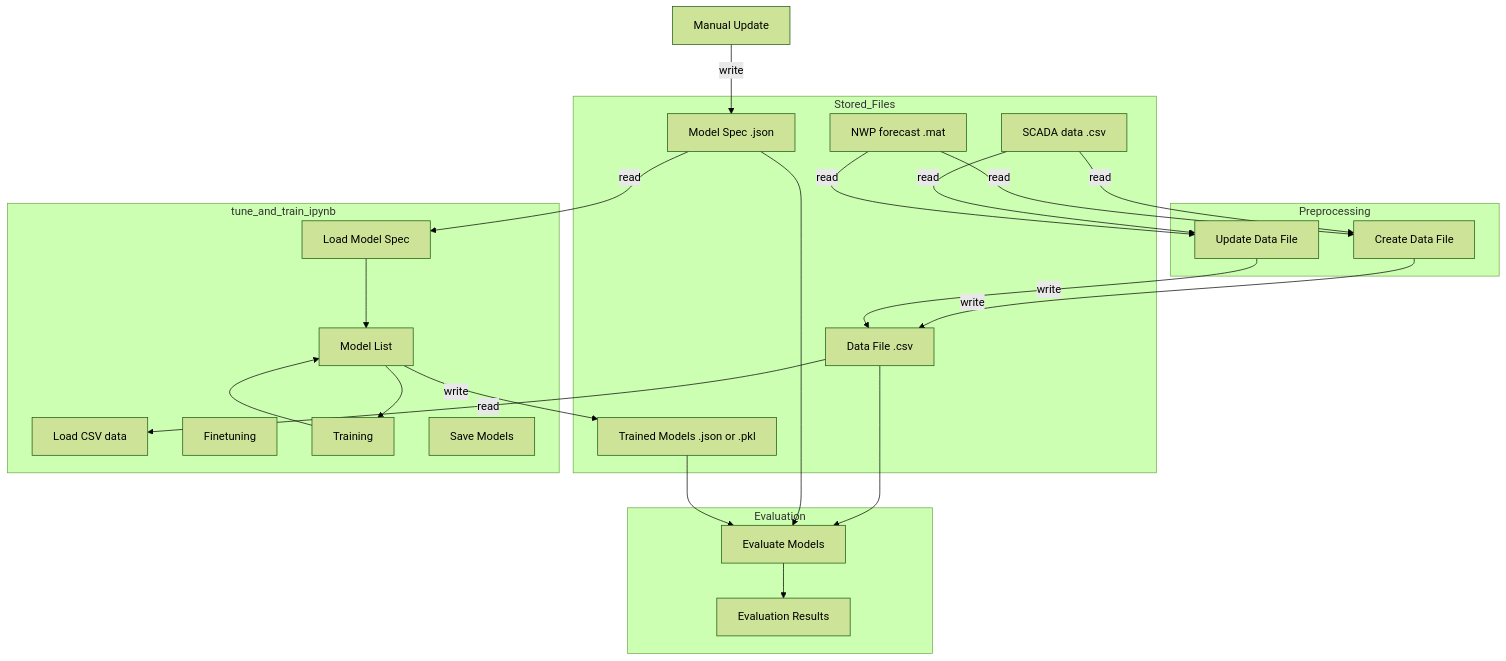
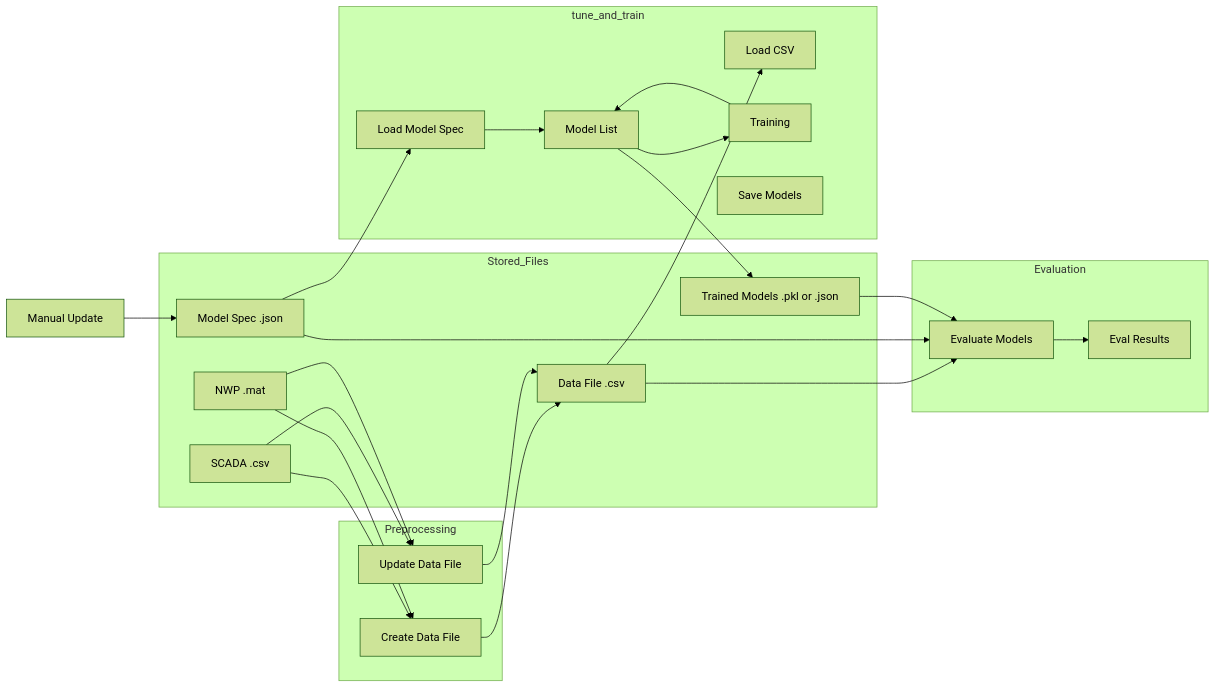
One commit to markusrupp/icing_flowshart changed the diagram in code_flow2.md. Above: the diagram before and after it, drawn with Mermaid (forest theme).

````diff
--- a/code_flow2.md
+++ b/code_flow2.md
@@ -1,55 +1,57 @@
 ```mermaid
-flowchart TB
+flowchart LR
     %% Stored Files
     subgraph Stored_Files
+        SCADA[SCADA .csv]
+        NWP[NWP .mat]
         CSV[Data File .csv]
         MS[Model Spec .json]
-        MF[Trained Models .json or .pkl]
-        SCADA[SCADA data .csv]
-        NWP[NWP forecast .mat]
+        MF[Trained Models .pkl or .json]
     end
 
     %% Preprocessing
     subgraph Preprocessing
         CCSV[Create Data File]
         UCSV[Update Data File]
     end
 
     %% Notebook
-    subgraph tune_and_train_ipynb
-        LCSV[Load CSV data]
+    subgraph tune_and_train
+        LCSV[Load CSV]
         LMF[Load Model Spec]
         LFR[Model List]
-        FT[Finetuning]
         TR[Training]
         STR[Save Models]
     end
 
     %% Evaluation
     subgraph Evaluation
         EV[Evaluate Models]
-        EVR[Evaluation Results]
+        EVR[Eval Results]
     end
 
-    %% Manual update
+    %% Manual
     UMS[Manual Update]
 
-    %% Data Flow
-    SCADA -->|read| CCSV
-    SCADA -->|read| UCSV
-    NWP -->|read| CCSV
-    NWP -->|read| UCSV
-    CCSV -->|write| CSV
-    UCSV -->|write| CSV
-    CSV -->|read| LCSV
-    MS -->|read| LMF
-    UMS -->|write| MS
+    %% Connections
+    SCADA --> CCSV
+    SCADA --> UCSV
+    NWP --> CCSV
+    NWP --> UCSV
+    CCSV --> CSV
+    UCSV --> CSV
+
+    CSV --> LCSV
+    MS --> LMF
+    UMS --> MS
+
     LMF --> LFR
     LFR --> TR
     TR --> LFR
-    LFR -->|write| MF
+    LFR --> MF
+
     CSV --> EV
     MS --> EV
     MF --> EV
     EV --> EVR
 ```
````
